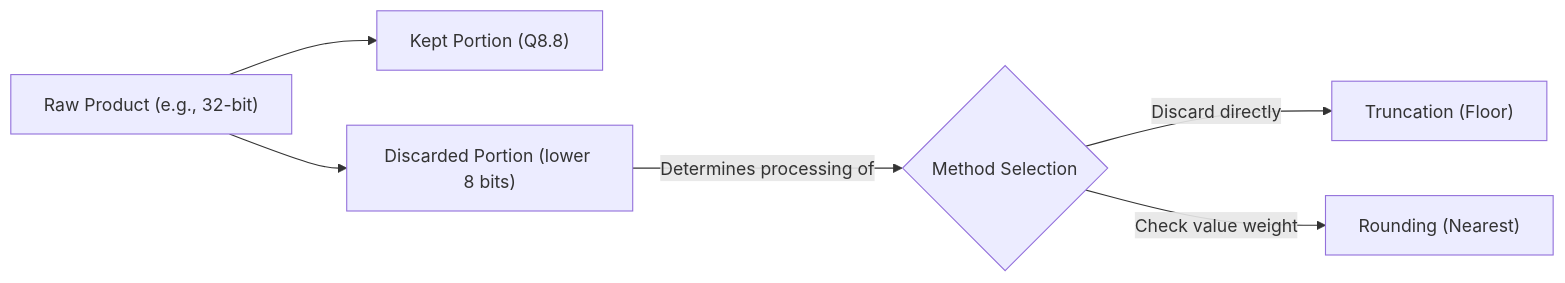
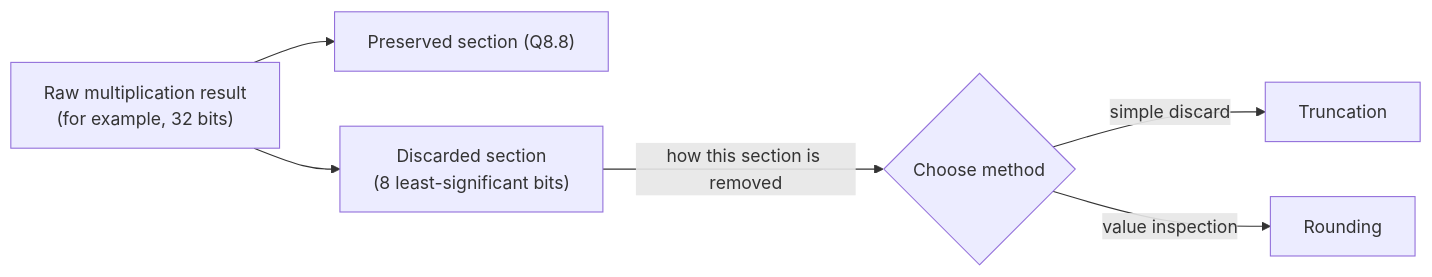
Before and after one commit to Mohammad-Khoshroo/number-systems: diagram 11 of 12 in FXP/FXP.md, drawn with Mermaid. The commit also changed other lines of this file and 1 other file, not shown here.

````diff
--- a/FXP/FXP.md
+++ b/FXP/FXP.md
@@ -271,8 +565,8 @@
 ```mermaid
 flowchart LR
-    A["Raw Product (e.g., 32-bit)"] --> B["Kept Portion (Q8.8)"]
-    A --> C["Discarded Portion (lower 8 bits)"]
-    C -->|Determines processing of| D{"Method Selection"}
-    D -->|Discard directly| E["Truncation (Floor)"]
-    D -->|Check value weight| F["Rounding (Nearest)"]
+    A["Raw multiplication result<br/>(for example, 32 bits)"] --> B["Preserved section (Q8.8)"]
+    A --> C["Discarded section<br/>(8 least-significant bits)"]
+    C -->|how this section is removed| D{"Choose method"}
+    D -->|simple discard| E["Truncation"]
+    D -->|value inspection| F["Rounding"]
 ```
````
